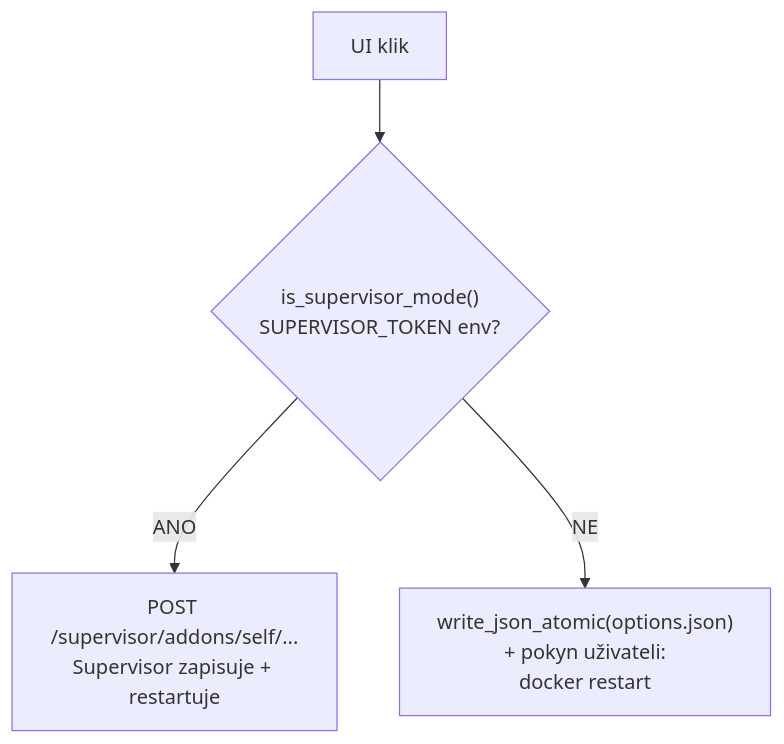
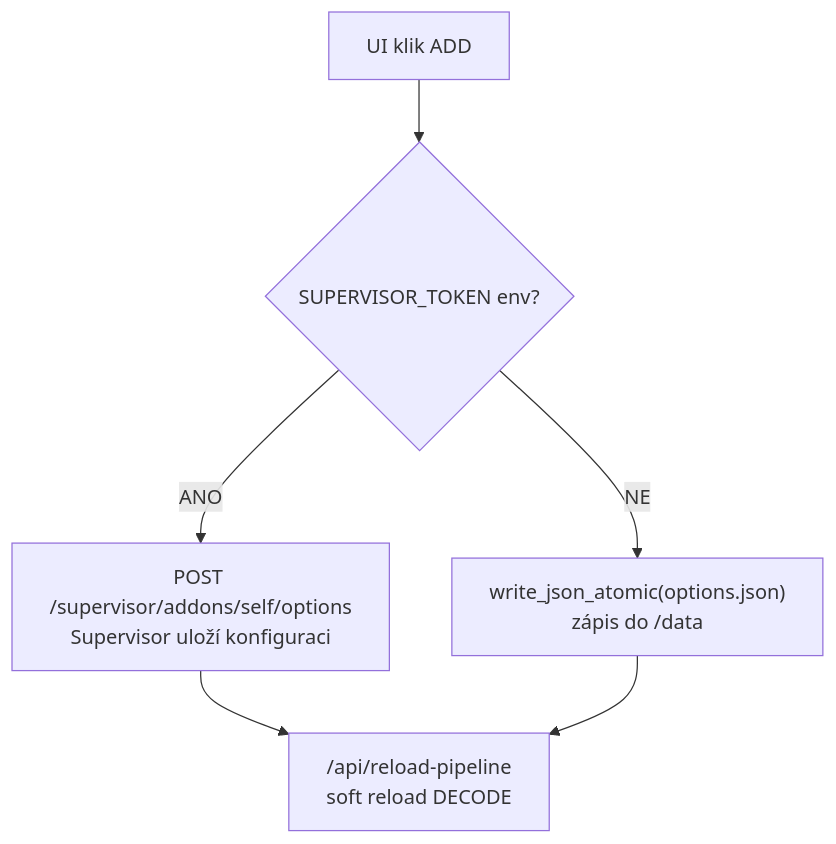
One commit to Kustonium/homeassistant-wmbus-mqtt-bridge changed the sixth of 7 diagrams in docs/README.cs.md. Above: the diagram before and after it, drawn with Mermaid. The commit also changed other lines of this file and 6 other files, not shown here.

````diff
--- a/docs/README.cs.md
+++ b/docs/README.cs.md
@@ -672,6 +651,8 @@
 ```mermaid
 flowchart TD
-  A["UI klik"] --> B{"is_supervisor_mode()<br/>SUPERVISOR_TOKEN env?"}
-  B -- "ANO" --> C["POST /supervisor/addons/self/...<br/>Supervisor zapisuje + restartuje"]
-  B -- "NE" --> D["write_json_atomic(options.json)<br/>+ pokyn uživateli:<br/>docker restart"]
+  A["UI klik ADD"] --> B{"SUPERVISOR_TOKEN env?"}
+  B -- "ANO" --> C["POST /supervisor/addons/self/options<br/>Supervisor uloží konfiguraci"]
+  B -- "NE" --> D["write_json_atomic(options.json)<br/>zápis do /data"]
+  C --> E["/api/reload-pipeline<br/>soft reload DECODE"]
+  D --> E
 ```
````
